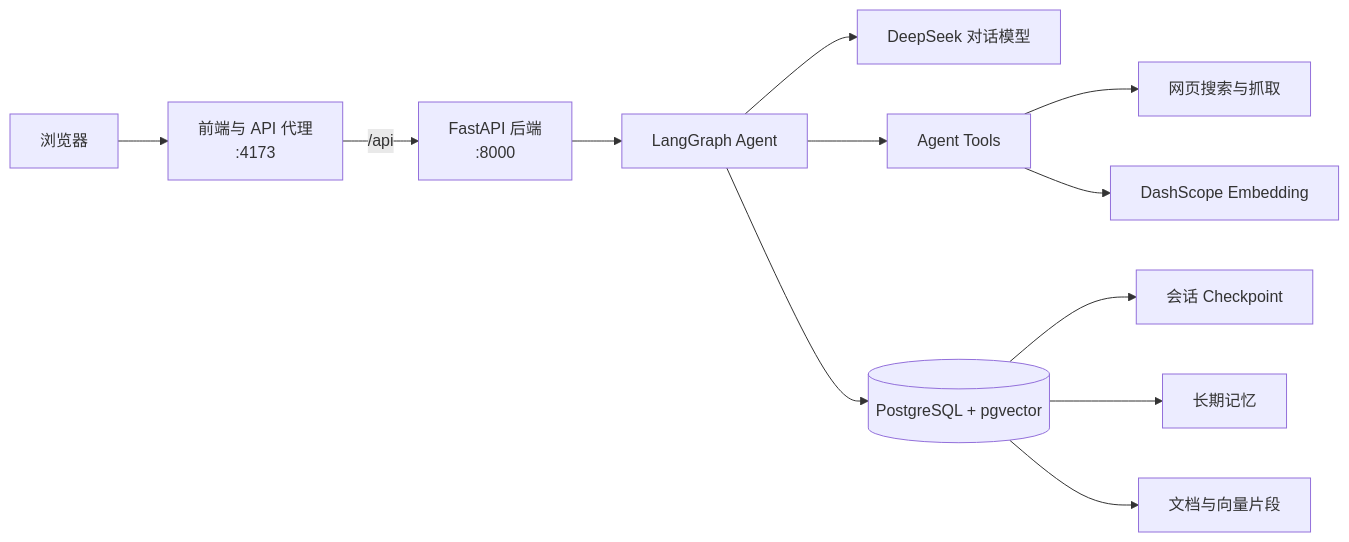
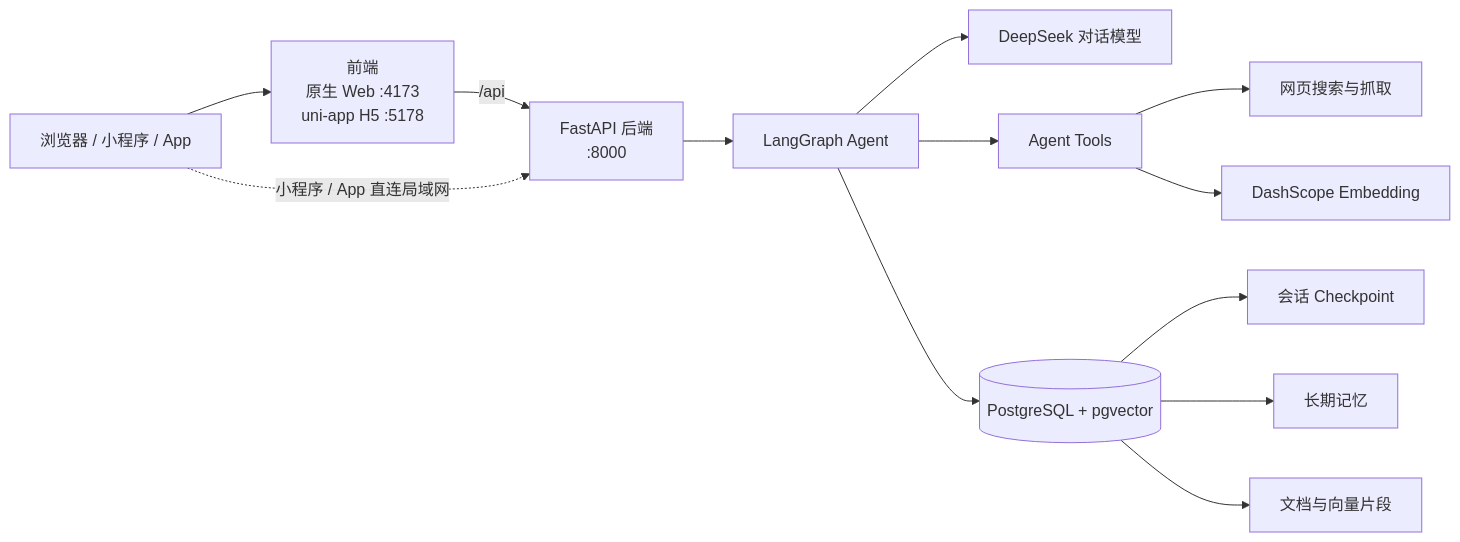
The diagram in README.md (weheh2233/AI-bot), drawn with Mermaid before and after one commit. The commit also changed other lines of this file and 3 other files, not shown here.

Commit message:
feat：给网页端加图片按钮 feat：更新文档

````diff
--- a/README.md
+++ b/README.md
@@ -31,14 +35,15 @@
 ```mermaid
 flowchart LR
-    U[浏览器] --> F[前端与 API 代理<br/>:4173]
+    U[浏览器 / 小程序 / App] --> F[前端<br/>原生 Web :4173<br/>uni-app H5 :5178]
     F -->|/api| B[FastAPI 后端<br/>:8000]
+    U -.->|小程序 / App 直连局域网| B
     B --> A[LangGraph Agent]
     A --> M[DeepSeek 对话模型]
     A --> T[Agent Tools]
     T --> W[网页搜索与抓取]
     T --> E[DashScope Embedding]
     A --> P[(PostgreSQL + pgvector)]
     P --> C[会话 Checkpoint]
     P --> L[长期记忆]
     P --> R[文档与向量片段]
 ```
````
